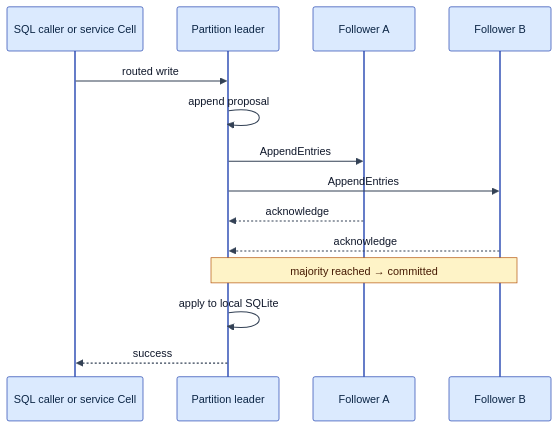
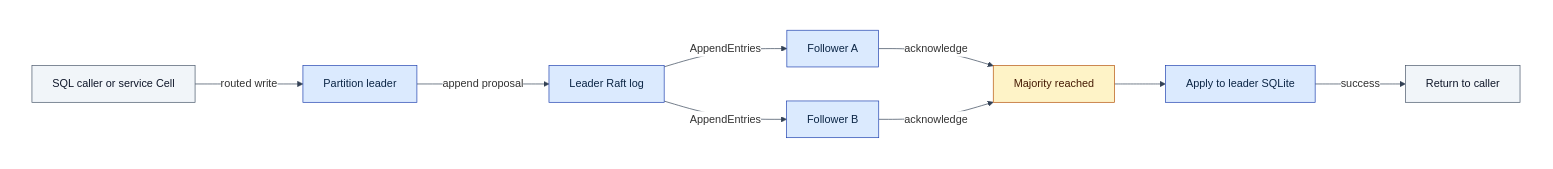
One commit to psvensson/lagrange changed the seventh of 9 diagrams in architecture/system-model.md. Above: the diagram before and after it, drawn with Mermaid. The commit also changed other lines of this file and 3 other files, not shown here.

Commit message:
Draw explicit white Mermaid canvases

````diff
--- a/architecture/system-model.md
+++ b/architecture/system-model.md
@@ -287,18 +311,20 @@
 ```mermaid
-%%{init: {'theme':'base','darkMode':false,'themeCSS':'svg { background-color: #ffffff !important; }','themeVariables':{'background':'#ffffff','actorBkg':'#dbeafe','actorBorder':'#1e40af','actorTextColor':'#0b2545','signalColor':'#334155','signalTextColor':'#0f172a','noteBkgColor':'#fef3c7','noteBorderColor':'#b45309','noteTextColor':'#451a03','labelBoxBkgColor':'#ffffff','labelBoxBorderColor':'#94a3b8'}}}%%
-sequenceDiagram
-  participant X as SQL caller or service Cell
-  participant L as Partition leader
-  participant F1 as Follower A
-  participant F2 as Follower B
+%%{init: {'theme':'base','darkMode':false,'themeVariables':{'background':'#ffffff','clusterBkg':'#ffffff','clusterBorder':'#94a3b8','edgeLabelBackground':'#ffffff','lineColor':'#334155','textColor':'#0f172a'}}}%%
+flowchart LR
+  subgraph CANVAS[" "]
+    direction LR
+    X["SQL caller or service Cell"]:::ext -->|"routed write"| L["Partition leader"]:::data
+    L -->|"append proposal"| LOG["Leader Raft log"]:::data
+    LOG -->|"AppendEntries"| F1["Follower A"]:::data
+    LOG -->|"AppendEntries"| F2["Follower B"]:::data
+    F1 -->|"acknowledge"| Q["Majority reached"]:::ctrl
+    F2 -->|"acknowledge"| Q
+    Q --> APPLY["Apply to leader SQLite"]:::data
+    APPLY -->|"success"| OK["Return to caller"]:::ext
+  end
 
-  X->>L: routed write
-  L->>L: append proposal
-  L->>F1: AppendEntries
-  L->>F2: AppendEntries
-  F1-->>L: acknowledge
-  F2-->>L: acknowledge
-  Note over L,F2: majority reached → committed
-  L->>L: apply to local SQLite
-  L-->>X: success
+  style CANVAS fill:#ffffff,stroke:#ffffff,color:#0f172a
+  classDef data fill:#dbeafe,stroke:#1e40af,color:#0b2545
+  classDef ctrl fill:#fef3c7,stroke:#b45309,color:#451a03
+  classDef ext fill:#f1f5f9,stroke:#475569,color:#0f172a
 ```
````
